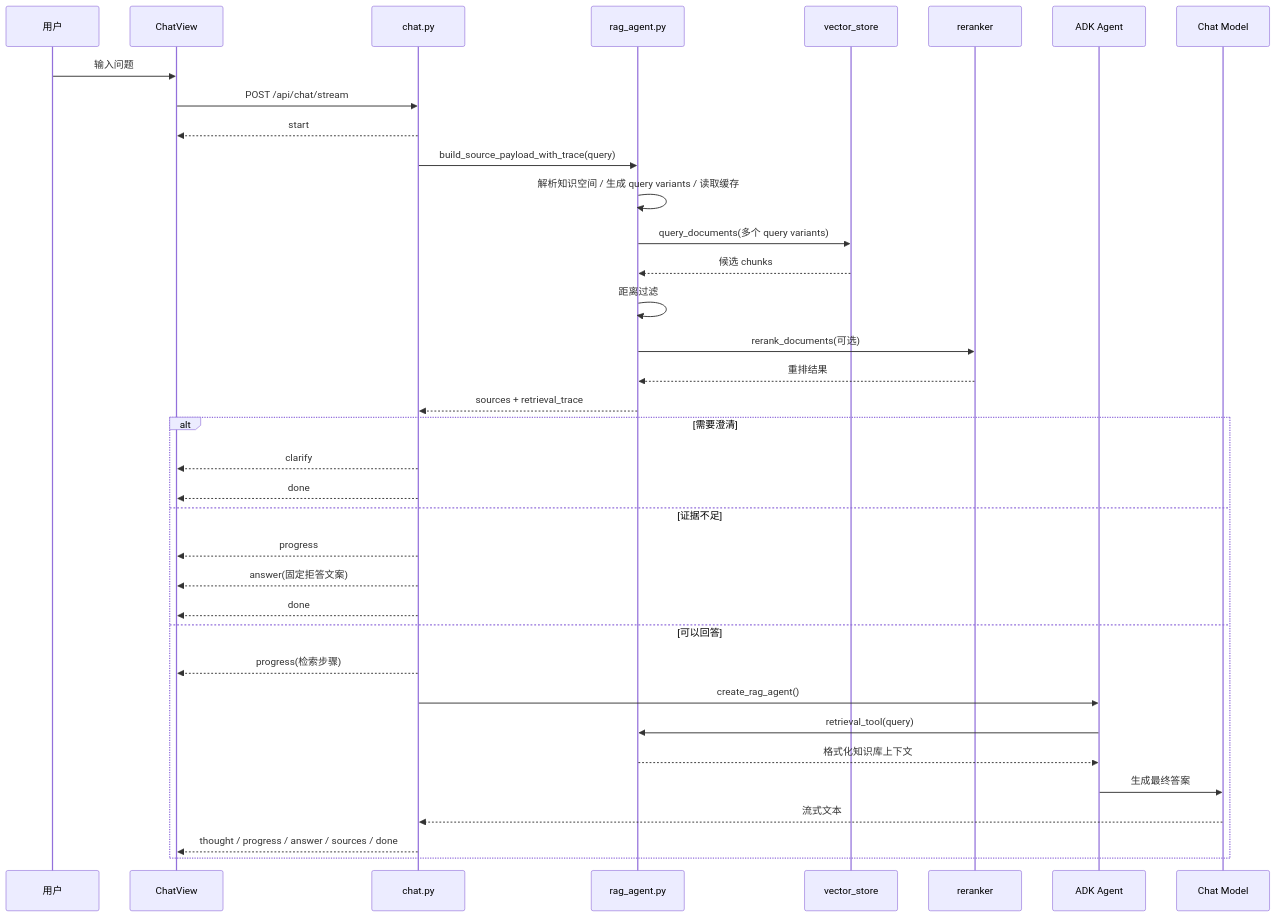
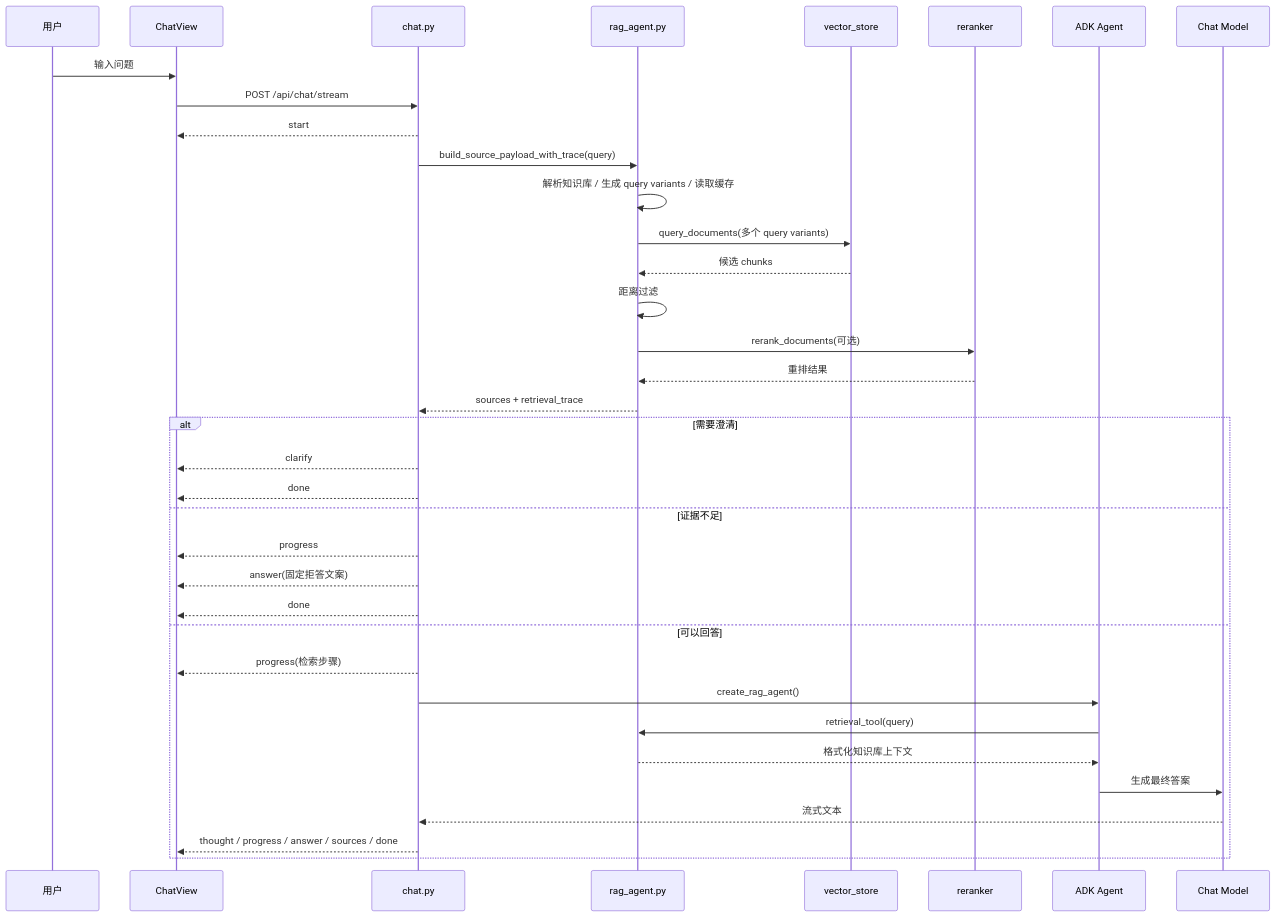
The seventh of 7 diagrams in docs/项目执行流程分析.md (emotion-exit/rag-agent), drawn with Mermaid before and after one commit. The commit also changed other lines of this file and 22 other files, not shown here.

````diff
--- a/docs/项目执行流程分析.md
+++ b/docs/项目执行流程分析.md
@@ -621,41 +607,41 @@
 ```mermaid
 sequenceDiagram
     participant User as 用户
     participant FE as ChatView
     participant API as chat.py
     participant RAG as rag_agent.py
     participant VS as vector_store
     participant RR as reranker
     participant Agent as ADK Agent
     participant LLM as Chat Model
 
     User->>FE: 输入问题
     FE->>API: POST /api/chat/stream
     API-->>FE: start
 
     API->>RAG: build_source_payload_with_trace(query)
-    RAG->>RAG: 解析知识空间 / 生成 query variants / 读取缓存
+    RAG->>RAG: 解析知识库 / 生成 query variants / 读取缓存
     RAG->>VS: query_documents(多个 query variants)
     VS-->>RAG: 候选 chunks
     RAG->>RAG: 距离过滤
     RAG->>RR: rerank_documents(可选)
     RR-->>RAG: 重排结果
     RAG-->>API: sources + retrieval_trace
 
     alt 需要澄清
         API-->>FE: clarify
         API-->>FE: done
     else 证据不足
         API-->>FE: progress
         API-->>FE: answer(固定拒答文案)
         API-->>FE: done
     else 可以回答
         API-->>FE: progress(检索步骤)
         API->>Agent: create_rag_agent()
         Agent->>RAG: retrieval_tool(query)
         RAG-->>Agent: 格式化知识库上下文
         Agent->>LLM: 生成最终答案
         LLM-->>API: 流式文本
         API-->>FE: thought / progress / answer / sources / done
     end
 ```
````
